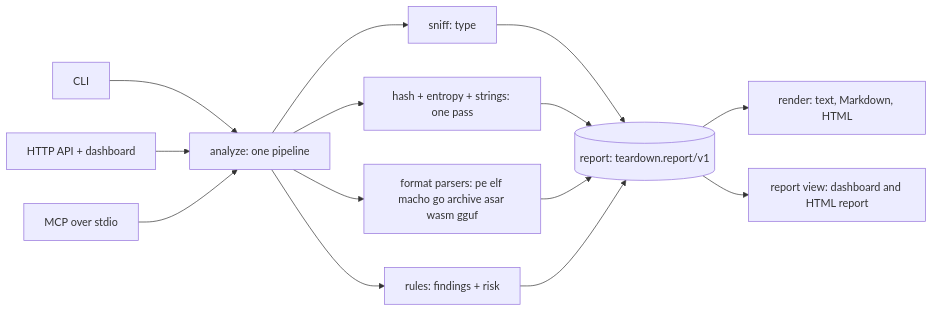
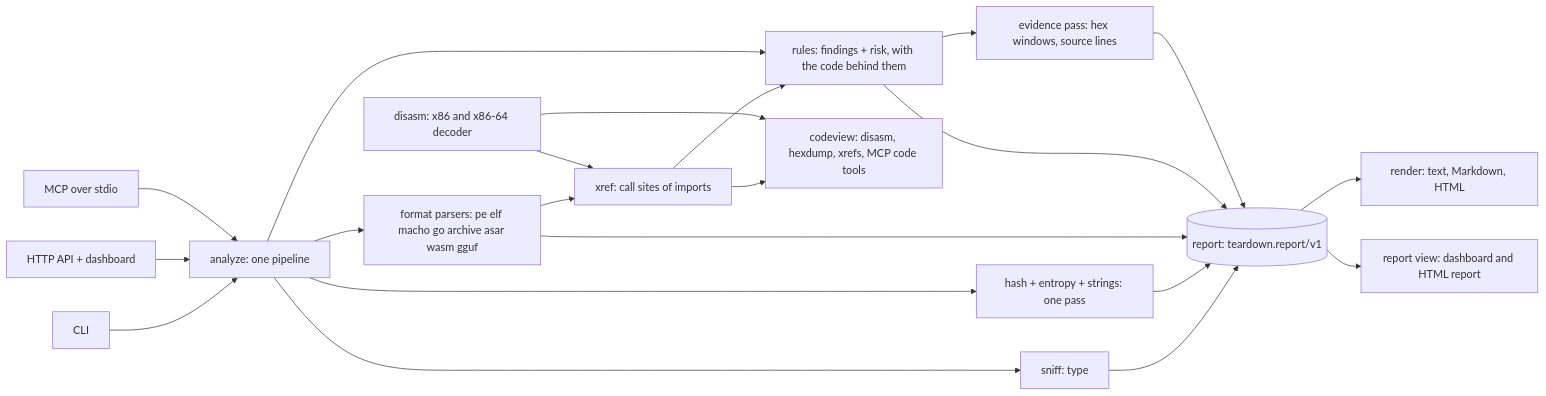
One commit to q6r/teardown changed the diagram in README.md. Above: the diagram before and after it, drawn with Mermaid. The commit also changed other lines of this file and 14 other files, not shown here.

Commit message:
docs: document code evidence, the new commands and the MCP tools

````diff
--- a/README.md
+++ b/README.md
@@ -265,16 +362,23 @@
 ```mermaid
 flowchart LR
   CLI["CLI"] --> AN
   HTTP["HTTP API + dashboard"] --> AN
   MCP["MCP over stdio"] --> AN
   AN["analyze: one pipeline"] --> SN["sniff: type"]
   AN --> HS["hash + entropy + strings: one pass"]
   AN --> FM["format parsers: pe elf macho go archive asar wasm gguf"]
-  AN --> RU["rules: findings + risk"]
+  FM --> XR["xref: call sites of imports"]
+  DA["disasm: x86 and x86-64 decoder"] --> XR
+  XR --> RU["rules: findings + risk, with the code behind them"]
+  AN --> RU
+  RU --> EV["evidence pass: hex windows, source lines"]
   SN --> RP[("report: teardown.report/v1")]
   HS --> RP
   FM --> RP
   RU --> RP
+  EV --> RP
   RP --> RN["render: text, Markdown, HTML"]
   RP --> UI["report view: dashboard and HTML report"]
+  XR --> CV["codeview: disasm, hexdump, xrefs, MCP code tools"]
+  DA --> CV
 ```
````
